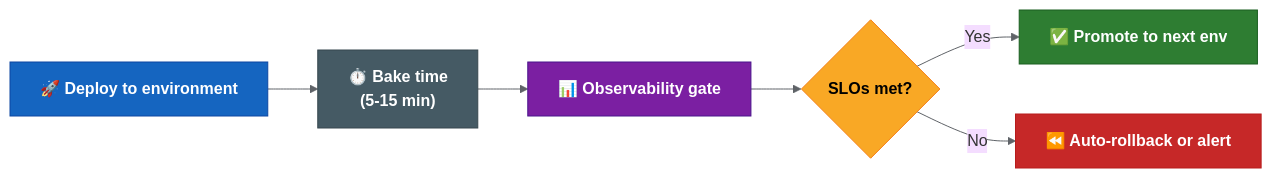
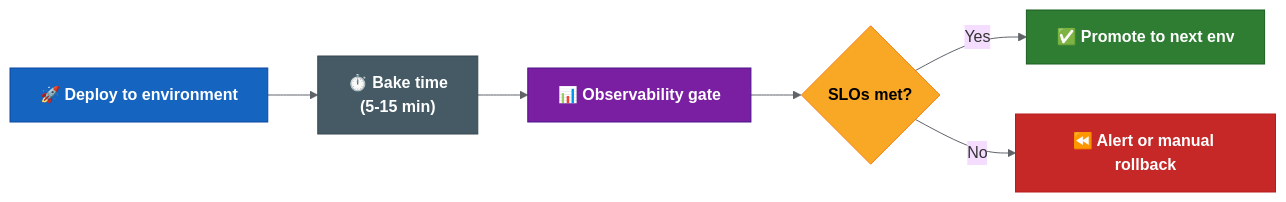
Before and after one commit to benanaktaspusulait/branching-strategy: the third of 3 diagrams in docs/platform-engineering-strategy.md, drawn with Mermaid. The commit also changed other lines of this file and 12 other files, not shown here.

````diff
--- a/docs/platform-engineering-strategy.md
+++ b/docs/platform-engineering-strategy.md
@@ -170,22 +125,22 @@
 ```mermaid
 %%{init: {'theme': 'base', 'themeVariables': {'lineColor': '#5f6368'}}}%%
 
 flowchart LR
   DEPLOY["🚀 Deploy to environment"]:::deploy
   BAKE["⏱️ Bake time\n(5-15 min)"]:::wait
   CHECK["📊 Observability gate"]:::gate
   PASS{"SLOs met?"}:::decision
   PROMOTE["✅ Promote to next env"]:::pass
-  ROLLBACK["⏪ Auto-rollback or alert"]:::fail
+  ROLLBACK["⏪ Alert or manual rollback"]:::fail
 
   DEPLOY --> BAKE --> CHECK --> PASS
   PASS -->|Yes| PROMOTE
   PASS -->|No| ROLLBACK
 
   classDef deploy fill:#1565c0,stroke:#0d47a1,color:#fff,font-weight:bold
   classDef wait fill:#455a64,stroke:#37474f,color:#fff,font-weight:bold
   classDef gate fill:#7b1fa2,stroke:#4a148c,color:#fff,font-weight:bold
   classDef decision fill:#f9a825,stroke:#f57f17,color:#000,font-weight:bold
   classDef pass fill:#2e7d32,stroke:#1b5e20,color:#fff,font-weight:bold
   classDef fail fill:#c62828,stroke:#b71c1c,color:#fff,font-weight:bold
 ```
````
